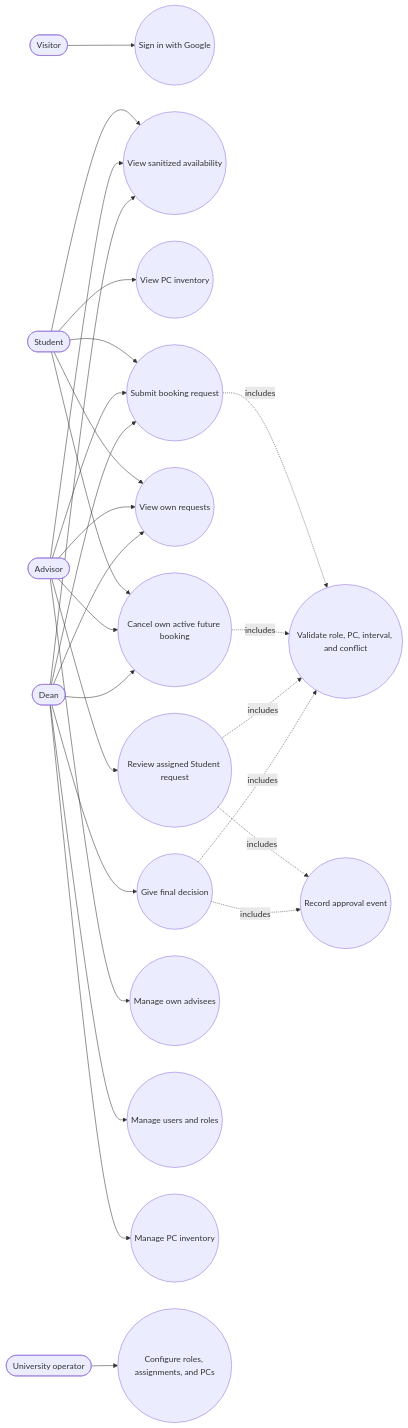
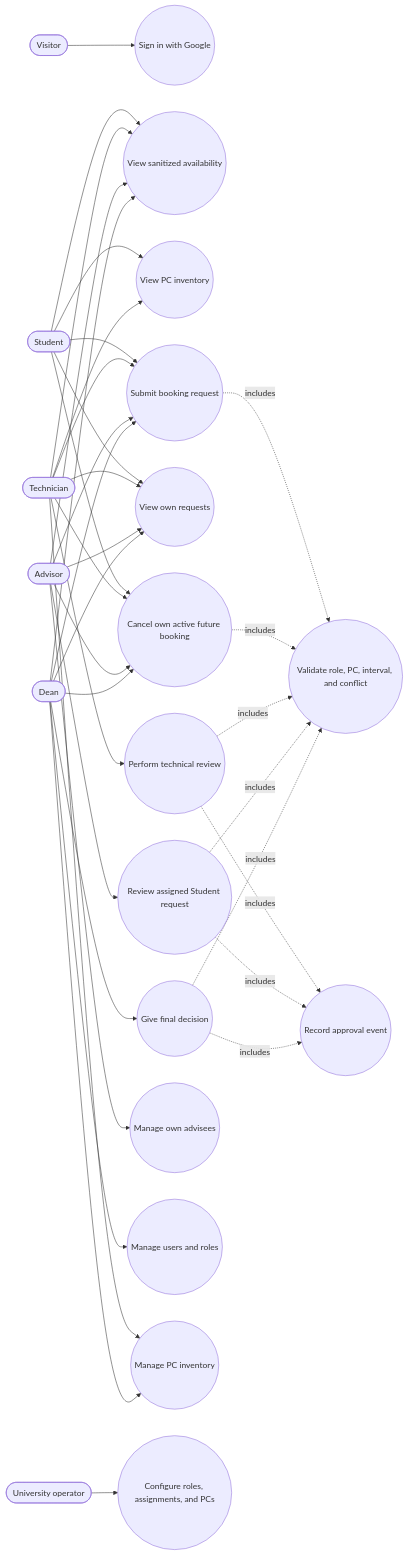
Before and after one commit to Leng201202/SE-Lab-Booking-System: the diagram in .docs/02-design/diagrams/02-use-case-diagram.md, drawn with Mermaid. The commit also changed other lines of this file and 35 other files, not shown here.

```diff
--- a/.docs/02-design/diagrams/02-use-case-diagram.md
+++ b/.docs/02-design/diagrams/02-use-case-diagram.md
@@ -3,51 +3,62 @@
 ~~~mermaid
 flowchart LR
     Visitor([Visitor])
     Student([Student])
+    Technician([Technician])
     Advisor([Advisor])
     Dean([Dean])
     Operator([University operator])
 
     SignIn((Sign in with Google))
     Availability((View sanitized availability))
     Inventory((View PC inventory))
     Submit((Submit booking request))
     OwnRecords((View own requests))
     Cancel((Cancel own active future booking))
+    TechnicianReview((Perform technical review))
     AdvisorReview((Review assigned Student request))
     DeanReview((Give final decision))
     Advisees((Manage own advisees))
     Users((Manage users and roles))
     PCs((Manage PC inventory))
     Audit((Record approval event))
     Validate((Validate role, PC, interval, and conflict))
     Configure((Configure roles, assignments, and PCs))
 
     Visitor --> SignIn
     Student --> Availability
     Student --> Inventory
     Student --> Submit
     Student --> OwnRecords
     Student --> Cancel
+    Technician --> Availability
+    Technician --> Inventory
+    Technician --> Submit
+    Technician --> OwnRecords
+    Technician --> Cancel
+    Technician --> TechnicianReview
+    Technician --> PCs
     Advisor --> Availability
     Advisor --> Submit
     Advisor --> OwnRecords
     Advisor --> Cancel
     Advisor --> AdvisorReview
     Advisor --> Advisees
     Dean --> Availability
     Dean --> Submit
     Dean --> OwnRecords
     Dean --> Cancel
     Dean --> DeanReview
     Dean --> Users
     Dean --> PCs
     Operator --> Configure
 
     Submit -. includes .-> Validate
     Cancel -. includes .-> Validate
+    TechnicianReview -. includes .-> Audit
+    TechnicianReview -. includes .-> Validate
     AdvisorReview -. includes .-> Audit
     DeanReview -. includes .-> Audit
     AdvisorReview -. includes .-> Validate
     DeanReview -. includes .-> Validate
 ~~~
```
